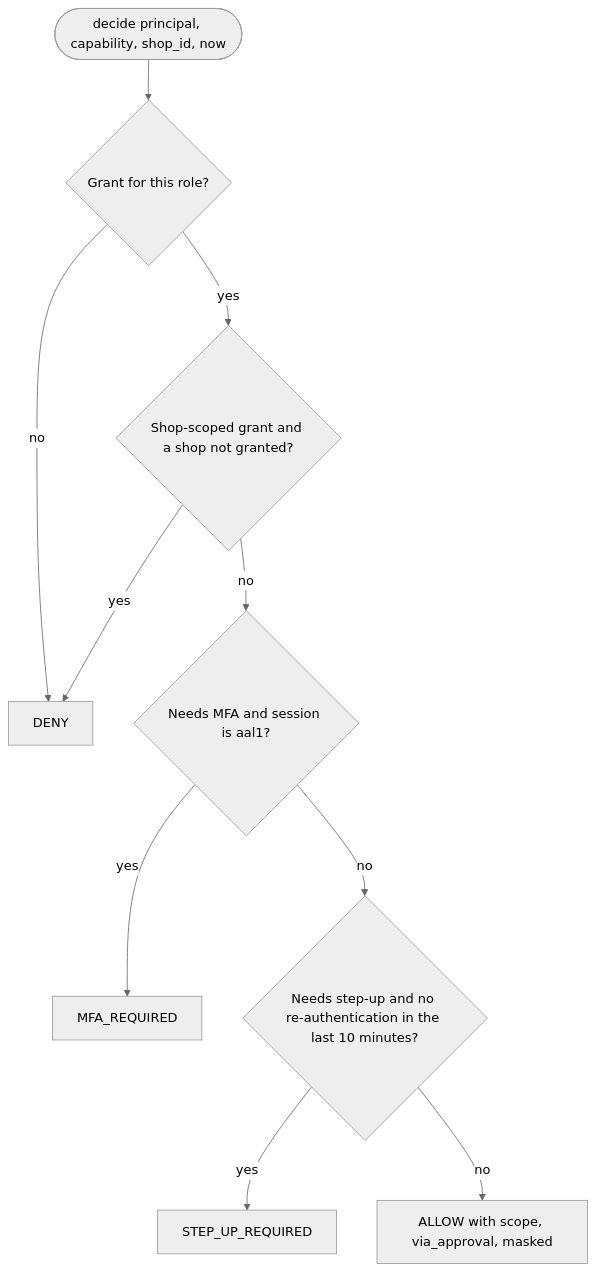
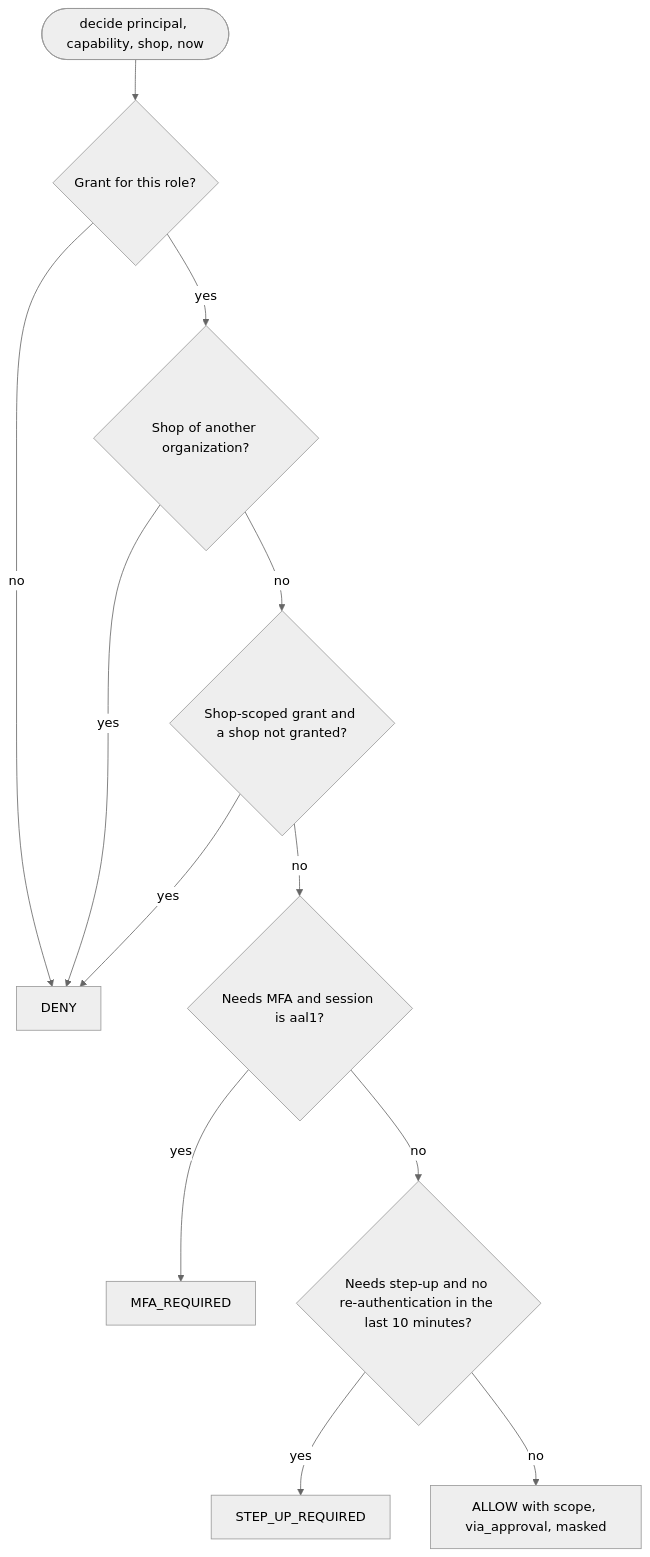
One commit to Tzvi1234/htco-platform changed the diagram in docs/features/identity-access/design.md. Above: the diagram before and after it, drawn with Mermaid (neutral theme). The commit also changed other lines of this file and 4 other files, not shown here.

First line of the commit message:
fix(access): deny a shop of another organization to every role

````diff
--- a/docs/features/identity-access/design.md
+++ b/docs/features/identity-access/design.md
@@ -5,12 +5,14 @@
 ```mermaid
 flowchart TD
-  start([decide principal, capability, shop_id, now]) --> grant{Grant for this role?}
+  start([decide principal, capability, shop, now]) --> grant{Grant for this role?}
   grant -->|no| deny[DENY]
-  grant -->|yes| shop{Shop-scoped grant and a shop not granted?}
+  grant -->|yes| tenant{Shop of another organization?}
+  tenant -->|yes| deny
+  tenant -->|no| shop{Shop-scoped grant and a shop not granted?}
   shop -->|yes| deny
   shop -->|no| mfa{Needs MFA and session is aal1?}
   mfa -->|yes| mfareq[MFA_REQUIRED]
   mfa -->|no| step{Needs step-up and no re-authentication in the last 10 minutes?}
   step -->|yes| stepreq[STEP_UP_REQUIRED]
   step -->|no| allow[ALLOW with scope, via_approval, masked]
 ```
````
